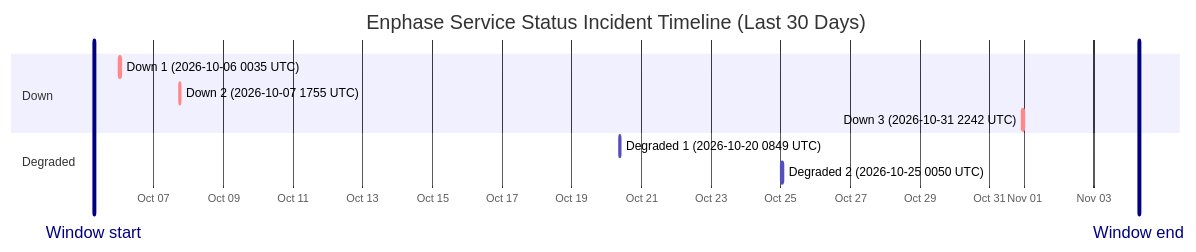
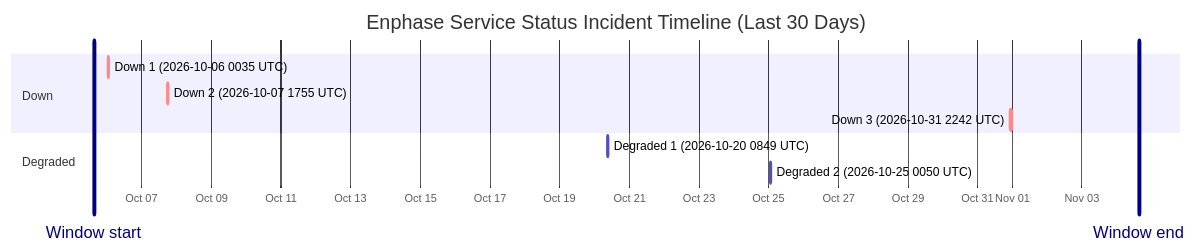
The diagram in wiki/Service-Status-History.md (barneyonline/ha-enphase-energy), drawn with Mermaid before and after one commit. The commit also changed other lines of this file and 3 other files, not shown here.

````diff
--- a/wiki/Service-Status-History.md
+++ b/wiki/Service-Status-History.md
@@ -14,15 +14,15 @@
 ```mermaid
 gantt
     title Enphase Service Status Incident Timeline (Last 30 Days)
     dateFormat  YYYY-MM-DDTHH:mm:ss
     axisFormat  %b %d
-    Window start :vert, window-start, 2026-10-05T06:50:26, 0ms
-    Window end :vert, window-end, 2026-11-04T06:50:26, 0ms
+    Window start :vert, window-start, 2026-10-05T15:05:45, 0ms
+    Window end :vert, window-end, 2026-11-04T15:05:45, 0ms
     section Down
     Down 1 (2026-10-06 0035 UTC) :crit, down-1, 2026-10-06T00:35:21, 60m
     Down 2 (2026-10-07 1755 UTC) :crit, down-2, 2026-10-07T17:55:16, 60m
     Down 3 (2026-10-31 2242 UTC) :crit, down-3, 2026-10-31T22:42:18, 60m
     section Degraded
     Degraded 1 (2026-10-20 0849 UTC) :active, degraded-1, 2026-10-20T08:49:49, 60m
     Degraded 2 (2026-10-25 0050 UTC) :active, degraded-2, 2026-10-25T00:50:01, 60m
 ```
````
